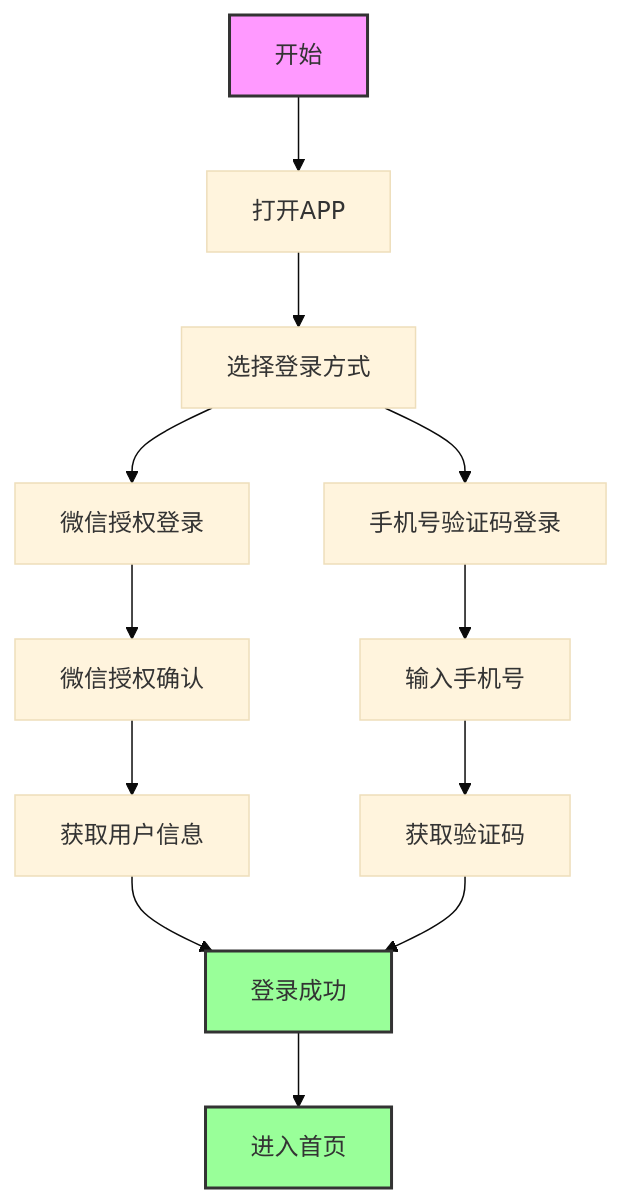
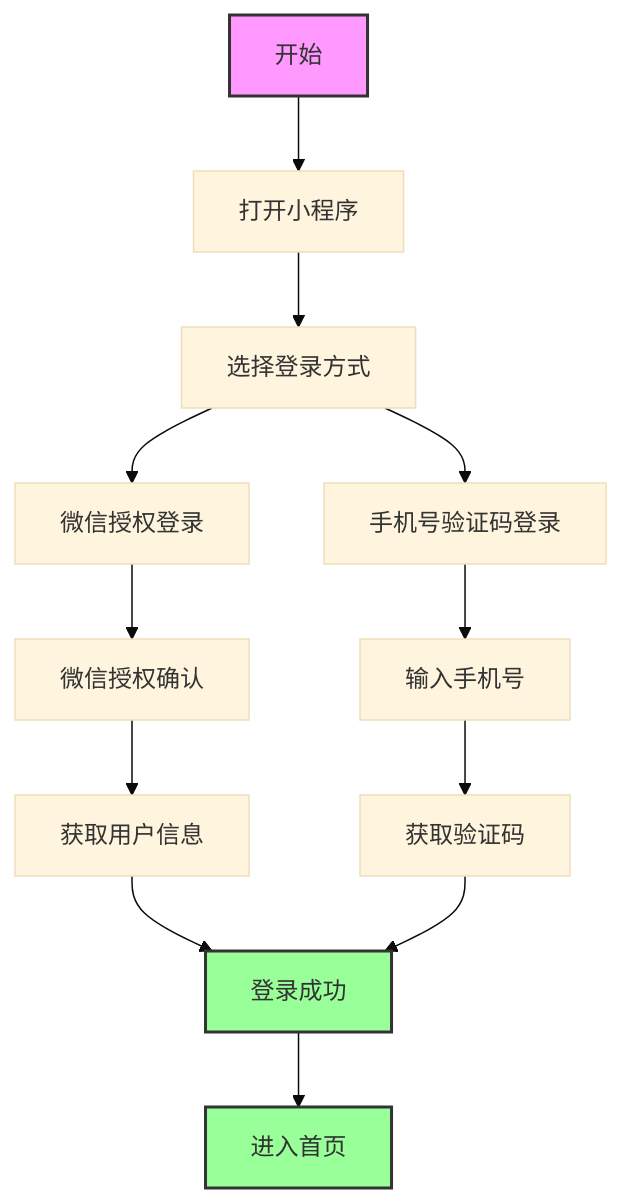
One commit to 22816523/math-kids changed the fourth of 18 diagrams in 2-AI伴读V1.0/PRD文档/校校读吧学生端PRD_V1.0.md. Above: the diagram before and after it, drawn with Mermaid (base theme). The commit also changed other lines of this file and 9 other files, not shown here.

````diff
--- a/2-AI伴读V1.0/PRD文档/校校读吧学生端PRD_V1.0.md
+++ b/2-AI伴读V1.0/PRD文档/校校读吧学生端PRD_V1.0.md
@@ -487,23 +486,23 @@
 ```mermaid
 graph TD
-    Start[开始] --> OpenApp[打开APP]
+    Start[开始] --> OpenApp[打开小程序]
     OpenApp --> ChooseLogin[选择登录方式]
 
     ChooseLogin --> WechatAuth[微信授权登录]
     ChooseLogin --> PhoneLogin[手机号验证码登录]
 
     WechatAuth --> WechatConfirm[微信授权确认]
     WechatConfirm --> GetUserInfo[获取用户信息]
 
     PhoneLogin --> InputPhone[输入手机号]
     InputPhone --> GetCode[获取验证码]
 
     GetUserInfo --> LoginSuccess[登录成功]
     GetCode --> LoginSuccess
 
     LoginSuccess --> EnterHome[进入首页]
 
     style Start fill:#f9f,stroke:#333,stroke-width:2px
     style LoginSuccess fill:#9f9,stroke:#333,stroke-width:2px
     style EnterHome fill:#9f9,stroke:#333,stroke-width:2px
 ```
````
